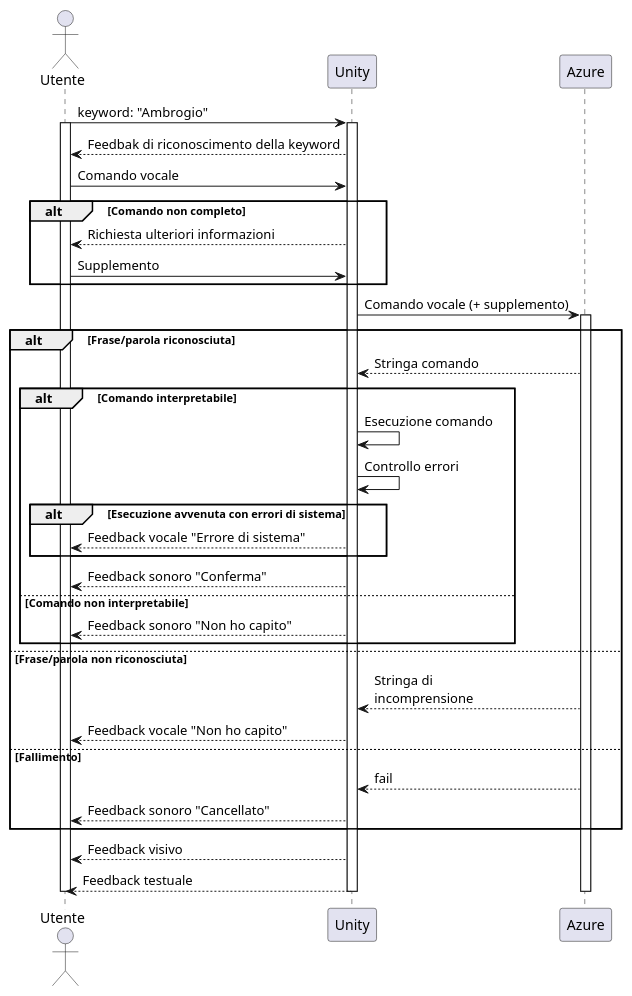
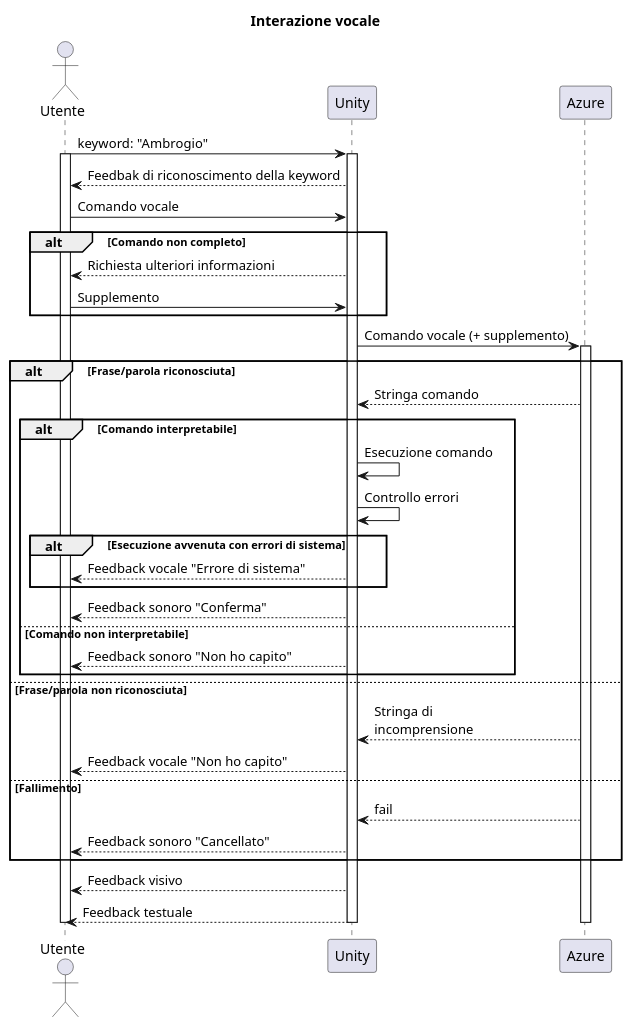
The diagram in S3.puml (Andribi/AmbrogioDiagrams), drawn with PlantUML before and after one commit. The commit also changed 1 other file, not shown here.

Commit message:
Unity diagram

```diff
--- a/S3.puml
+++ b/S3.puml
@@ -1,41 +1,43 @@
 @startuml
+title Interazione vocale
+
 Actor Utente as ut
 participant "Azure" as az  order 3
 ut -> Unity: keyword: "Ambrogio"
 activate ut
 activate Unity
 Unity --> ut: Feedbak di riconoscimento della keyword
 ut -> Unity: Comando vocale
 alt Comando non completo
     Unity --> ut: Richiesta ulteriori informazioni
     ut -> Unity: Supplemento
 end
 Unity -> az: Comando vocale (+ supplemento)
 activate az
 
 alt Frase/parola riconosciuta
     az --> Unity: Stringa comando
 
     alt Comando interpretabile
         Unity -> Unity: Esecuzione comando
         Unity -> Unity: Controllo errori
         alt Esecuzione avvenuta con errori di sistema
         Unity --> ut: Feedback vocale "Errore di sistema"
         end
         Unity --> ut: Feedback sonoro "Conferma"
     else Comando non interpretabile
         Unity --> ut: Feedback sonoro "Non ho capito"
     end
 else Frase/parola non riconosciuta
     az --> Unity: Stringa di\nincomprensione
     Unity --> ut: Feedback vocale "Non ho capito"
 else Fallimento
     az --> Unity: fail
     Unity --> ut: Feedback sonoro "Cancellato"
 end
 Unity --> ut: Feedback visivo
 Unity --> ut: Feedback testuale
 deactivate az
 deactivate Unity
 deactivate ut
 @enduml
```
